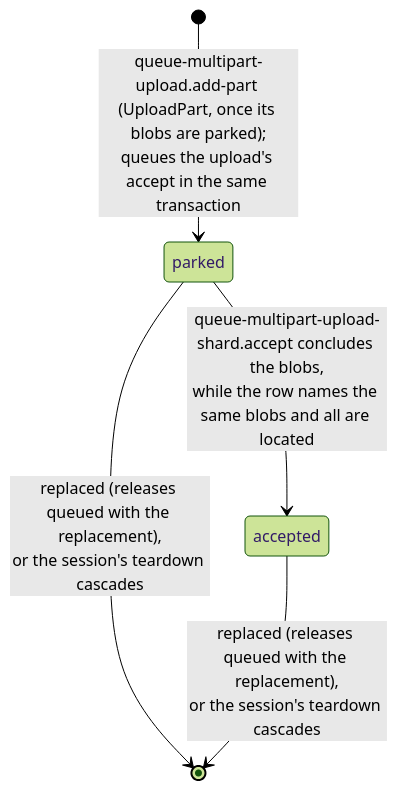
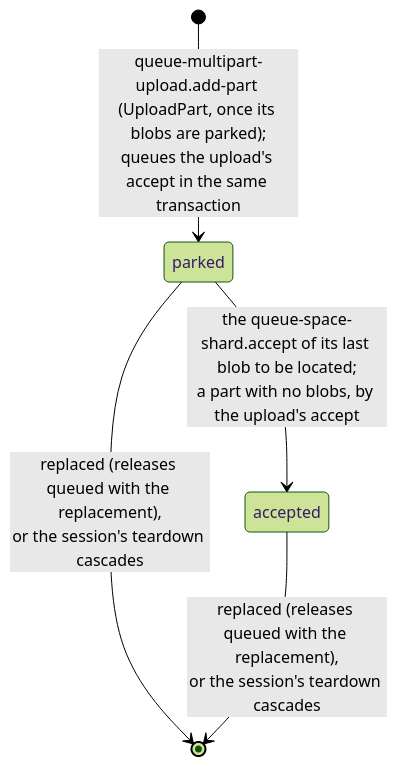
One commit to fil-forge/ingot changed the seventh of 15 diagrams in docs/diagrams.md. Above: the diagram before and after it, drawn with Mermaid (forest theme). The commit also changed other lines of this file and 29 other files, not shown here.

First line of the commit message:
refactor: accept each multipart blob under the blob's own subject (#362)

````diff
--- a/docs/diagrams.md
+++ b/docs/diagrams.md
@@ -652,7 +661,7 @@
 ```mermaid
 stateDiagram-v2
     [*] --> parked : queue-multipart-upload.add-part (UploadPart, once its blobs are parked)#59;<br/>queues the upload's accept in the same transaction
-    parked --> accepted : queue-multipart-upload-shard.accept concludes the blobs,<br/>while the row names the same blobs and all are located
+    parked --> accepted : the queue-space-shard.accept of its last blob to be located#59;<br/>a part with no blobs, by the upload's accept
     parked --> [*] : replaced (releases queued with the replacement),<br/>or the session's teardown cascades
     accepted --> [*] : replaced (releases queued with the replacement),<br/>or the session's teardown cascades
 ```
````
